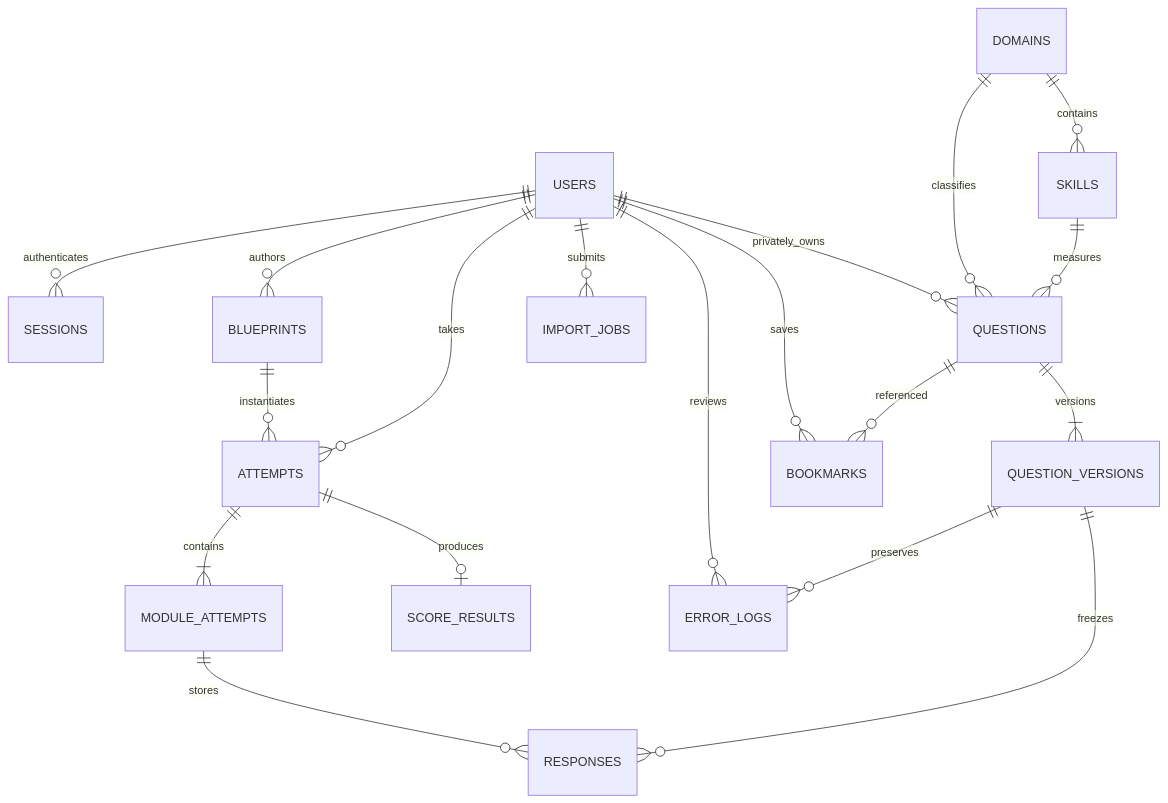
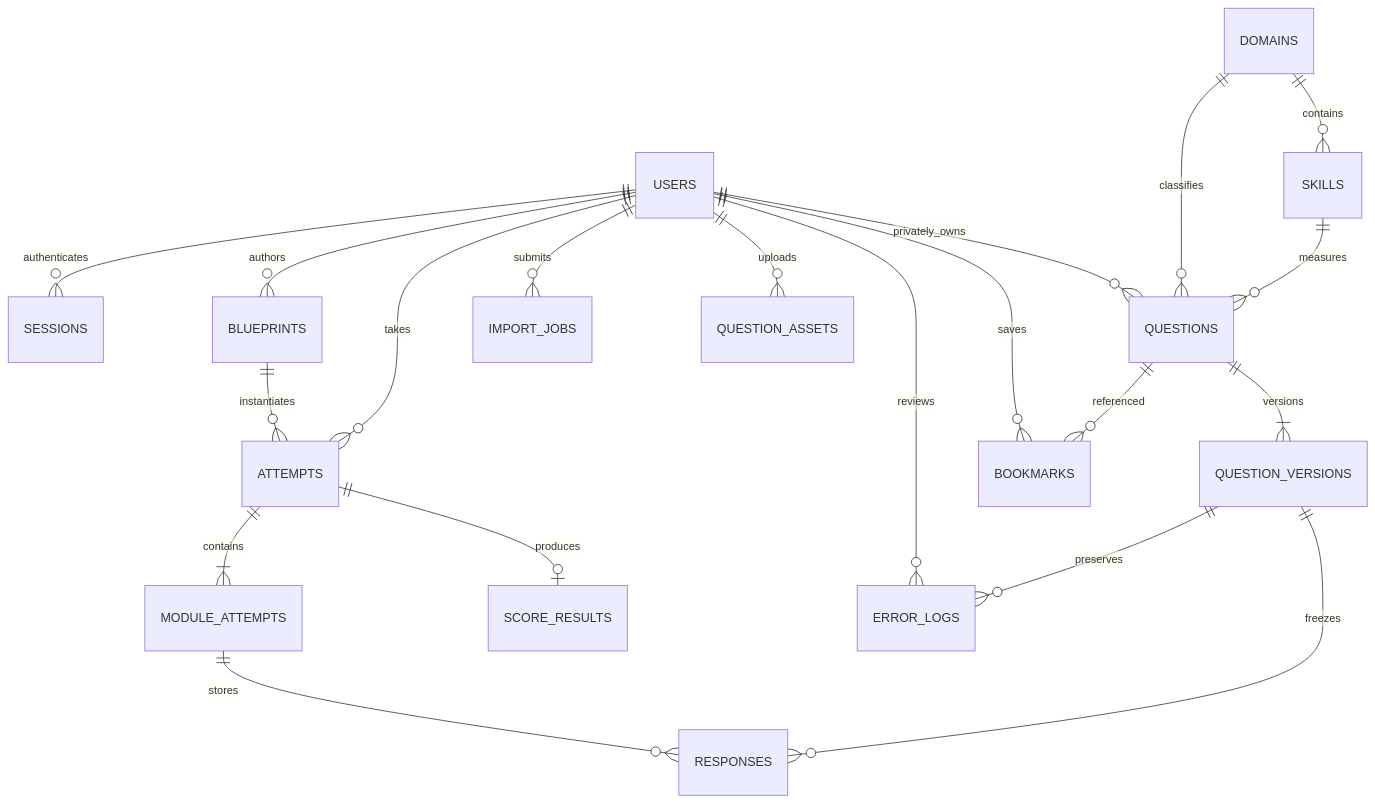
Before and after one commit to ngoitrongtoiletlocheotenem/Sat-Bluebook-Simulator: the diagram in docs/architecture.md, drawn with Mermaid. The commit also changed other lines of this file and 34 other files, not shown here.

````diff
--- a/docs/architecture.md
+++ b/docs/architecture.md
@@ -29,21 +30,22 @@
 ```mermaid
 erDiagram
   USERS ||--o{ SESSIONS : authenticates
   USERS ||--o{ QUESTIONS : privately_owns
   DOMAINS ||--o{ SKILLS : contains
   DOMAINS ||--o{ QUESTIONS : classifies
   SKILLS ||--o{ QUESTIONS : measures
   QUESTIONS ||--|{ QUESTION_VERSIONS : versions
   USERS ||--o{ BLUEPRINTS : authors
   BLUEPRINTS ||--o{ ATTEMPTS : instantiates
   USERS ||--o{ ATTEMPTS : takes
   ATTEMPTS ||--|{ MODULE_ATTEMPTS : contains
   MODULE_ATTEMPTS ||--o{ RESPONSES : stores
   QUESTION_VERSIONS ||--o{ RESPONSES : freezes
   ATTEMPTS ||--o| SCORE_RESULTS : produces
   USERS ||--o{ BOOKMARKS : saves
   QUESTIONS ||--o{ BOOKMARKS : referenced
   USERS ||--o{ ERROR_LOGS : reviews
   QUESTION_VERSIONS ||--o{ ERROR_LOGS : preserves
   USERS ||--o{ IMPORT_JOBS : submits
+  USERS ||--o{ QUESTION_ASSETS : uploads
 ```
````
